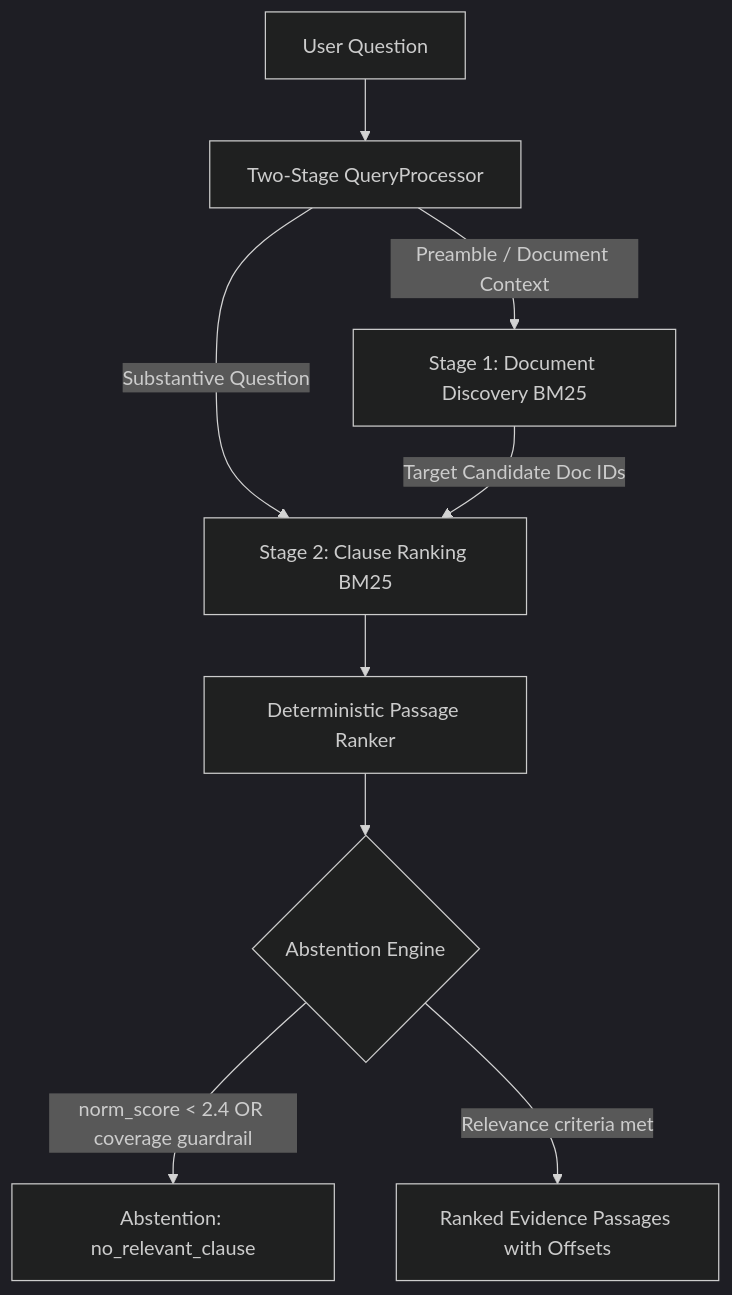
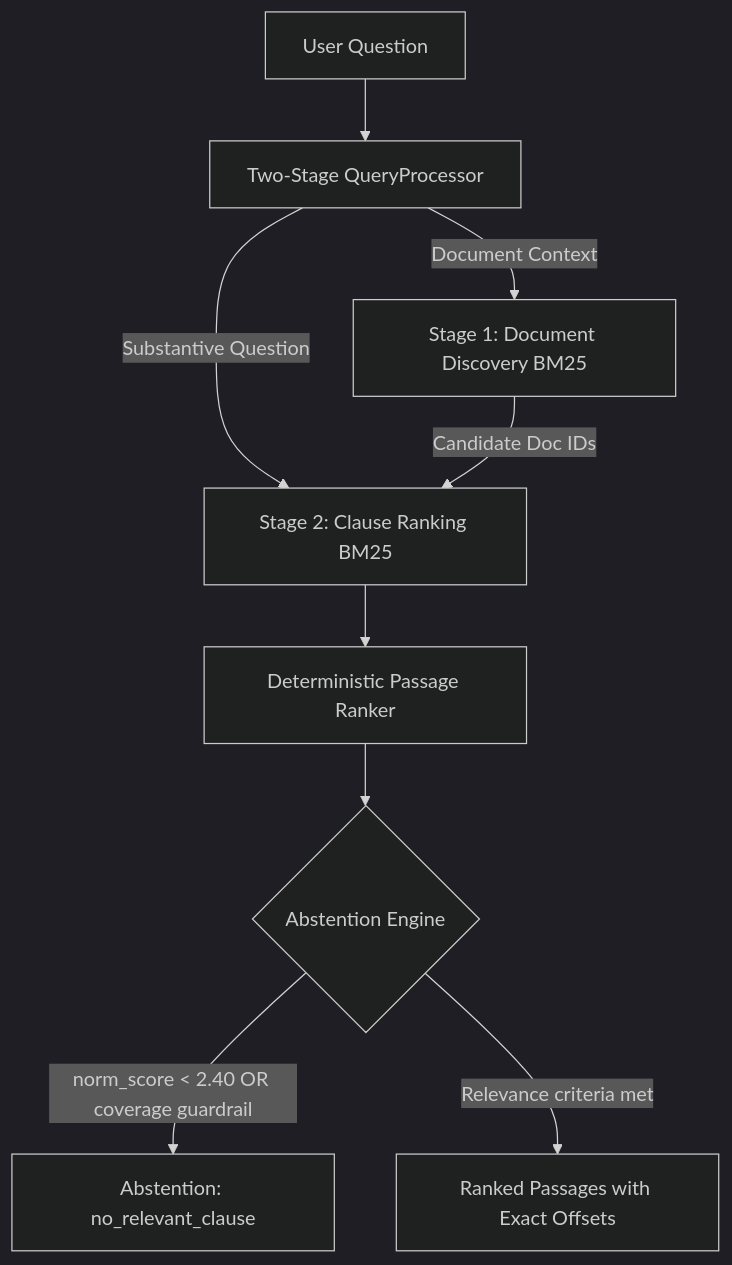
One commit to Kunjdesai28/jiostar-contract-intelligence-assistant changed the diagram in README.md. Above: the diagram before and after it, drawn with Mermaid (dark theme). The commit also changed other lines of this file and 3 other files, not shown here.

````diff
--- a/README.md
+++ b/README.md
@@ -24,11 +151,11 @@
 ```mermaid
 graph TD
     UserQuery[User Question] --> QueryProc[Two-Stage QueryProcessor]
-    QueryProc -->|Preamble / Document Context| Stage1[Stage 1: Document Discovery BM25]
+    QueryProc -->|Document Context| Stage1[Stage 1: Document Discovery BM25]
     QueryProc -->|Substantive Question| Stage2[Stage 2: Clause Ranking BM25]
-    Stage1 -->|Target Candidate Doc IDs| Stage2
+    Stage1 -->|Candidate Doc IDs| Stage2
     Stage2 --> Ranker[Deterministic Passage Ranker]
     Ranker --> Abstention{Abstention Engine}
-    Abstention -->|norm_score < 2.4 OR coverage guardrail| Abstain[Abstention: no_relevant_clause]
-    Abstention -->|Relevance criteria met| Evidence[Ranked Evidence Passages with Offsets]
+    Abstention -->|norm_score < 2.40 OR coverage guardrail| Abstain[Abstention: no_relevant_clause]
+    Abstention -->|Relevance criteria met| Evidence[Ranked Passages with Exact Offsets]
 ```
````
